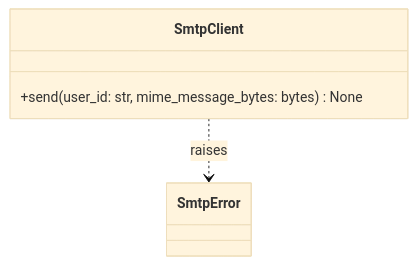
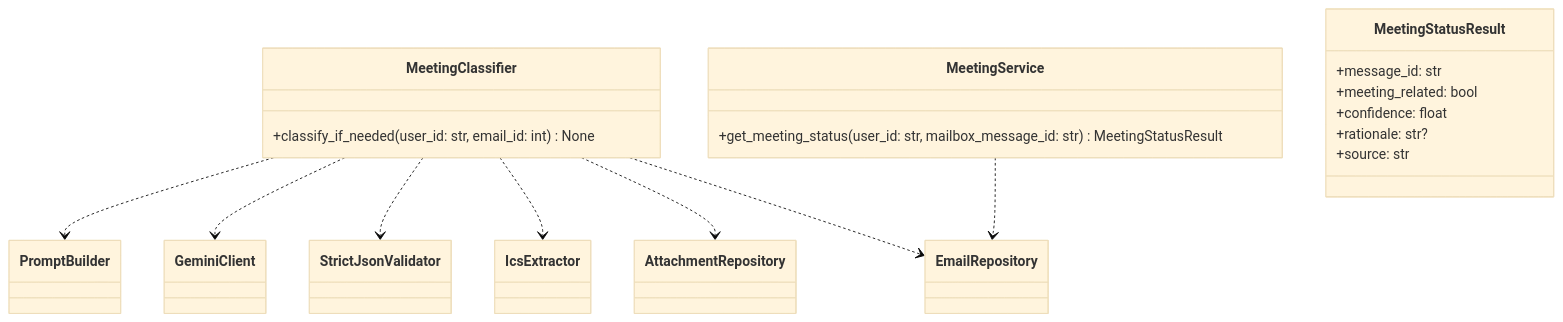
One commit to XunSong02/OutlookPlus changed diagram 20 of 20 in backend/backend_specification_Modules.md. Above: the diagram before and after it, drawn with Mermaid (base theme). The commit also changed other lines of this file, not shown here.

First line of the commit message:
Document internal architecture for meeting classification

````diff
--- a/backend/backend_specification_Modules.md
+++ b/backend/backend_specification_Modules.md
@@ -1612,8 +1695,23 @@
 ```mermaid
 classDiagram
-	class SmtpClient {
-		+send(user_id: str, mime_message_bytes: bytes) None
-	}
-	class SmtpError
-	SmtpClient ..> SmtpError : raises
+    class MeetingClassifier {
+        +classify_if_needed(user_id: str, email_id: int) None
+    }
+    class MeetingService {
+        +get_meeting_status(user_id: str, mailbox_message_id: str) MeetingStatusResult
+    }
+    class MeetingStatusResult {
+        +message_id: str
+        +meeting_related: bool
+        +confidence: float
+        +rationale: str?
+        +source: str
+    }
+    MeetingClassifier ..> PromptBuilder
+    MeetingClassifier ..> GeminiClient
+    MeetingClassifier ..> StrictJsonValidator
+    MeetingClassifier ..> IcsExtractor
+    MeetingClassifier ..> AttachmentRepository
+    MeetingClassifier ..> EmailRepository
+    MeetingService ..> EmailRepository
 ```
````
